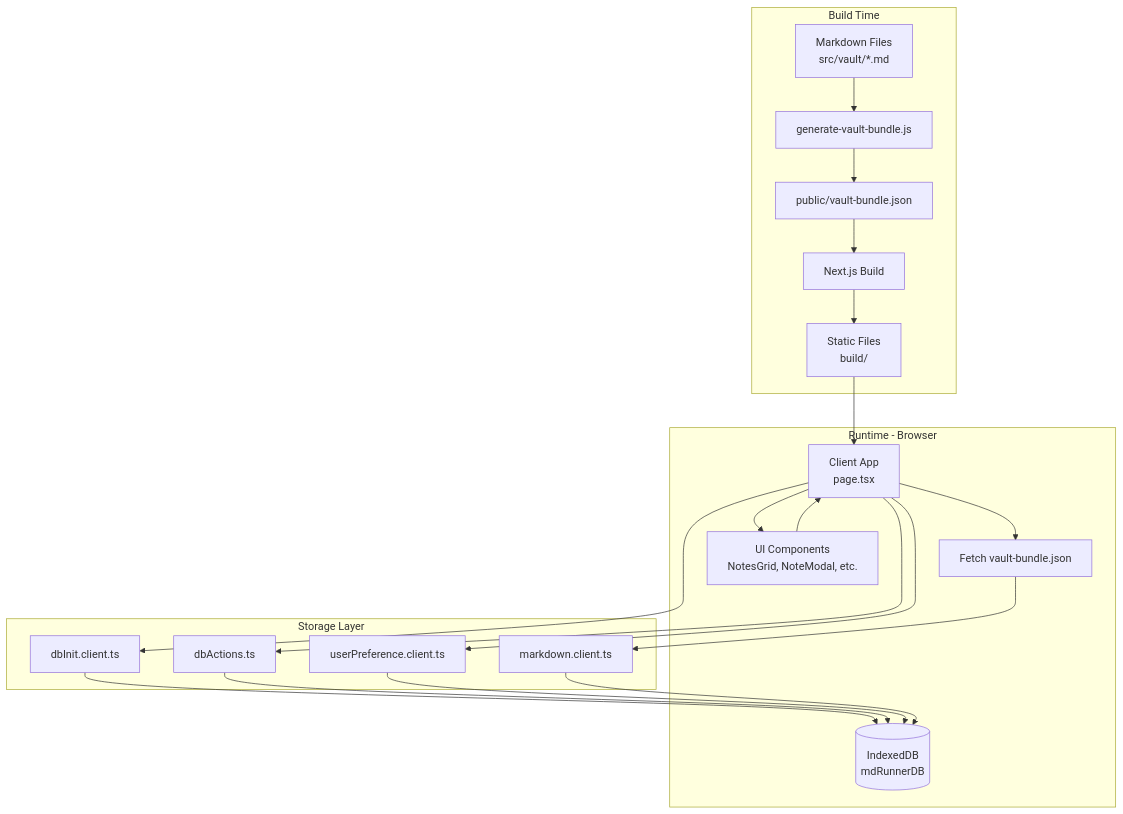
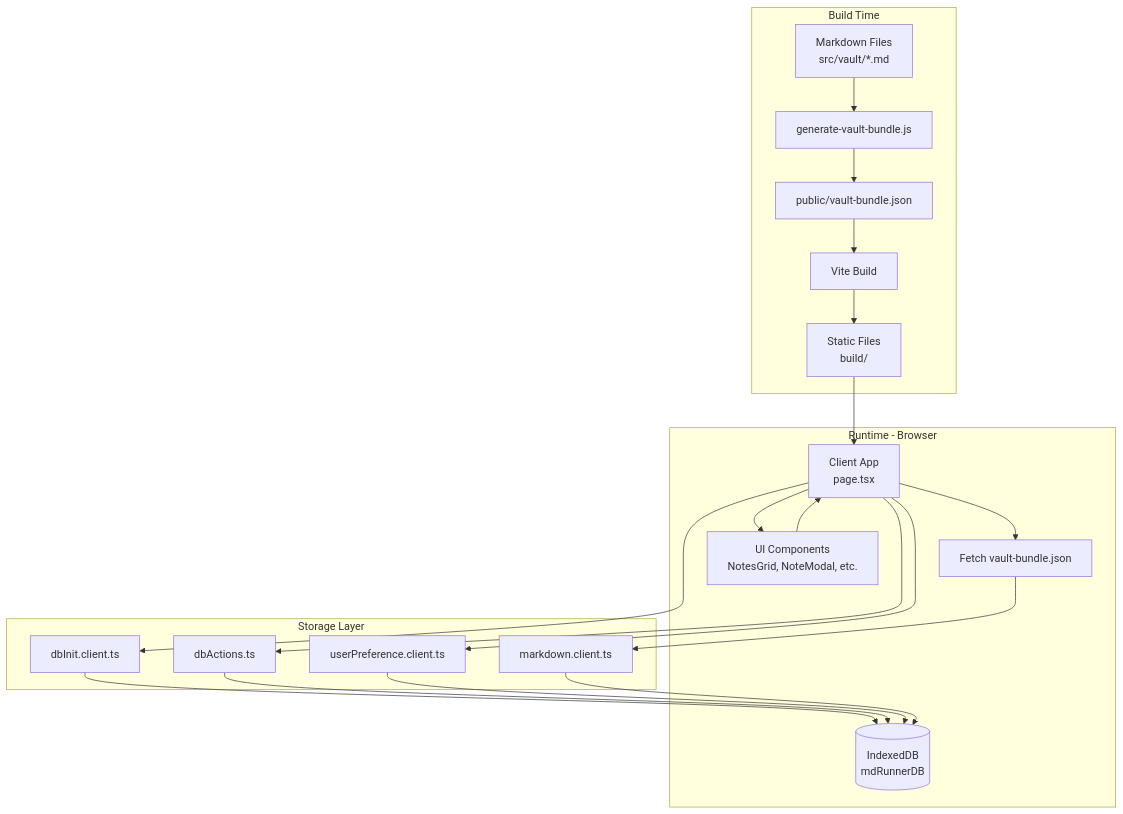
One commit to thenameisvicky/semantic-theories changed the diagram in README.md. Above: the diagram before and after it, drawn with Mermaid. The commit also changed other lines of this file and 14 other files, not shown here.

````diff
--- a/README.md
+++ b/README.md
@@ -87,42 +87,42 @@
 ```mermaid
 graph TB
     subgraph "Build Time"
         Vault[Markdown Files<br/>src/vault/*.md]
         BundleScript[generate-vault-bundle.js]
         BundleJSON[public/vault-bundle.json]
-        NextBuild[Next.js Build]
+        ViteBuild[Vite Build]
         StaticFiles[Static Files<br/>build/]
     end
 
     subgraph "Runtime - Browser"
         Client[Client App<br/>page.tsx]
         Fetch[Fetch vault-bundle.json]
         IDB[(IndexedDB<br/>mdRunnerDB)]
         UI[UI Components<br/>NotesGrid, NoteModal, etc.]
     end
 
     subgraph "Storage Layer"
         IDBInit[dbInit.client.ts]
         DBActions[dbActions.ts]
         MarkdownHelper[markdown.client.ts]
         PrefsHelper[userPreference.client.ts]
     end
 
     Vault --> BundleScript
     BundleScript --> BundleJSON
-    BundleJSON --> NextBuild
-    NextBuild --> StaticFiles
+    BundleJSON --> ViteBuild
+    ViteBuild --> StaticFiles
 
     StaticFiles --> Client
     Client --> Fetch
     Fetch --> MarkdownHelper
     Client --> IDBInit
     IDBInit --> IDB
     Client --> DBActions
     DBActions --> IDB
     Client --> PrefsHelper
     PrefsHelper --> IDB
     MarkdownHelper --> IDB
     Client --> UI
     UI --> Client
 ```
````
